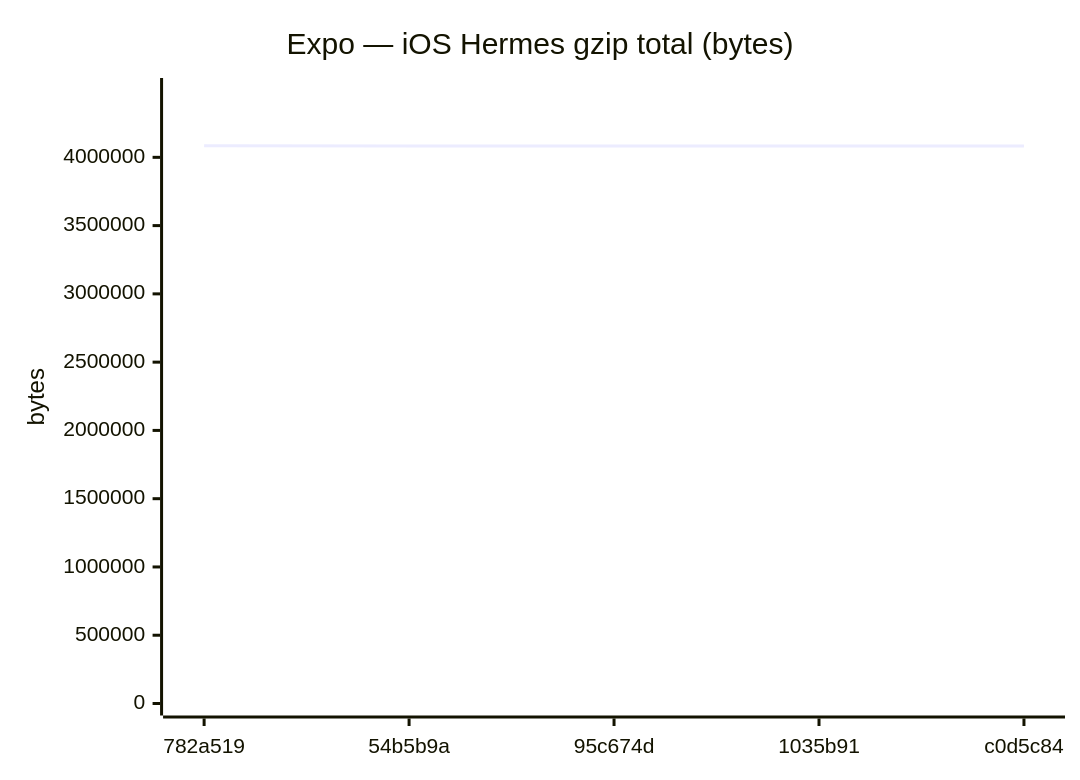
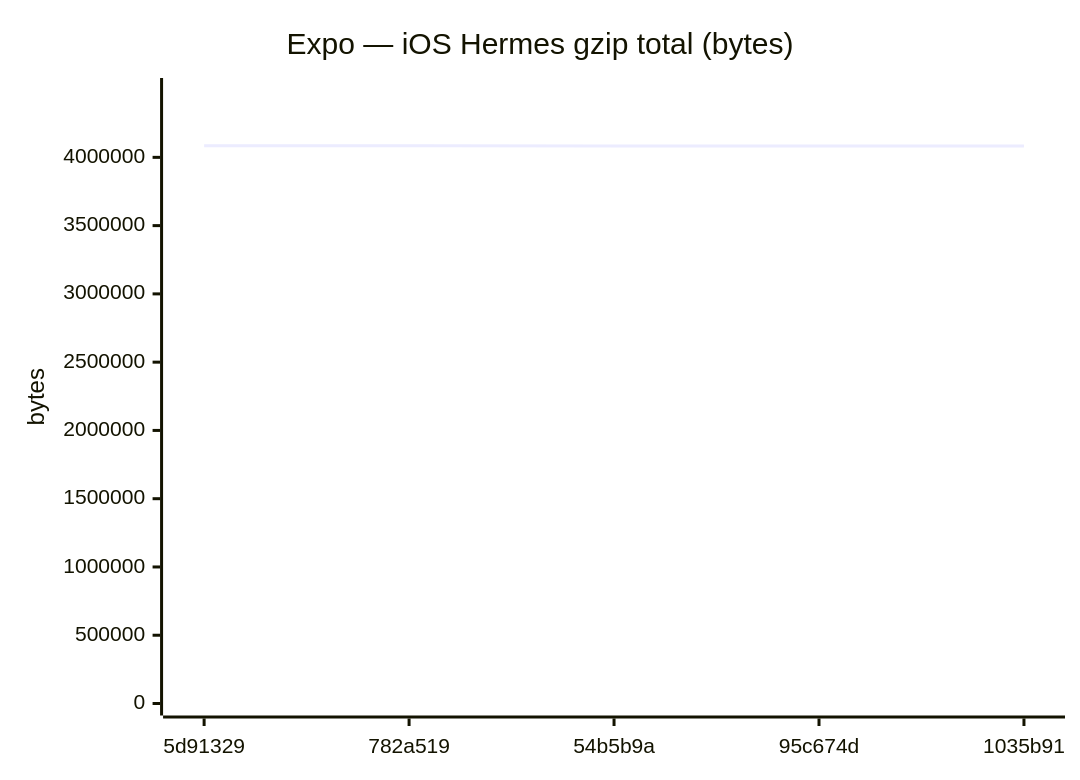
Before and after one commit to Metaheurist/Rianell: diagram 12 of 18 in benchmarks/compare.md, drawn with Mermaid. The commit also changed other lines of this file and 11 other files, not shown here.

````diff
--- a/benchmarks/compare.md
+++ b/benchmarks/compare.md
@@ -179,7 +179,7 @@
 ```mermaid
 xychart-beta
     title "Expo — iOS Hermes gzip total (bytes)"
-    x-axis ["782a519", "54b5b9a", "95c674d", "1035b91", "c0d5c84"]
-    y-axis "bytes" 0 --> 4493145
-    line [4084677, 4082348, 4083105, 4083108, 4083106]
+    x-axis ["5d91329", "782a519", "54b5b9a", "95c674d", "1035b91"]
+    y-axis "bytes" 0 --> 4493286
+    line [4084805, 4084677, 4082348, 4083105, 4083108]
 ```
````
